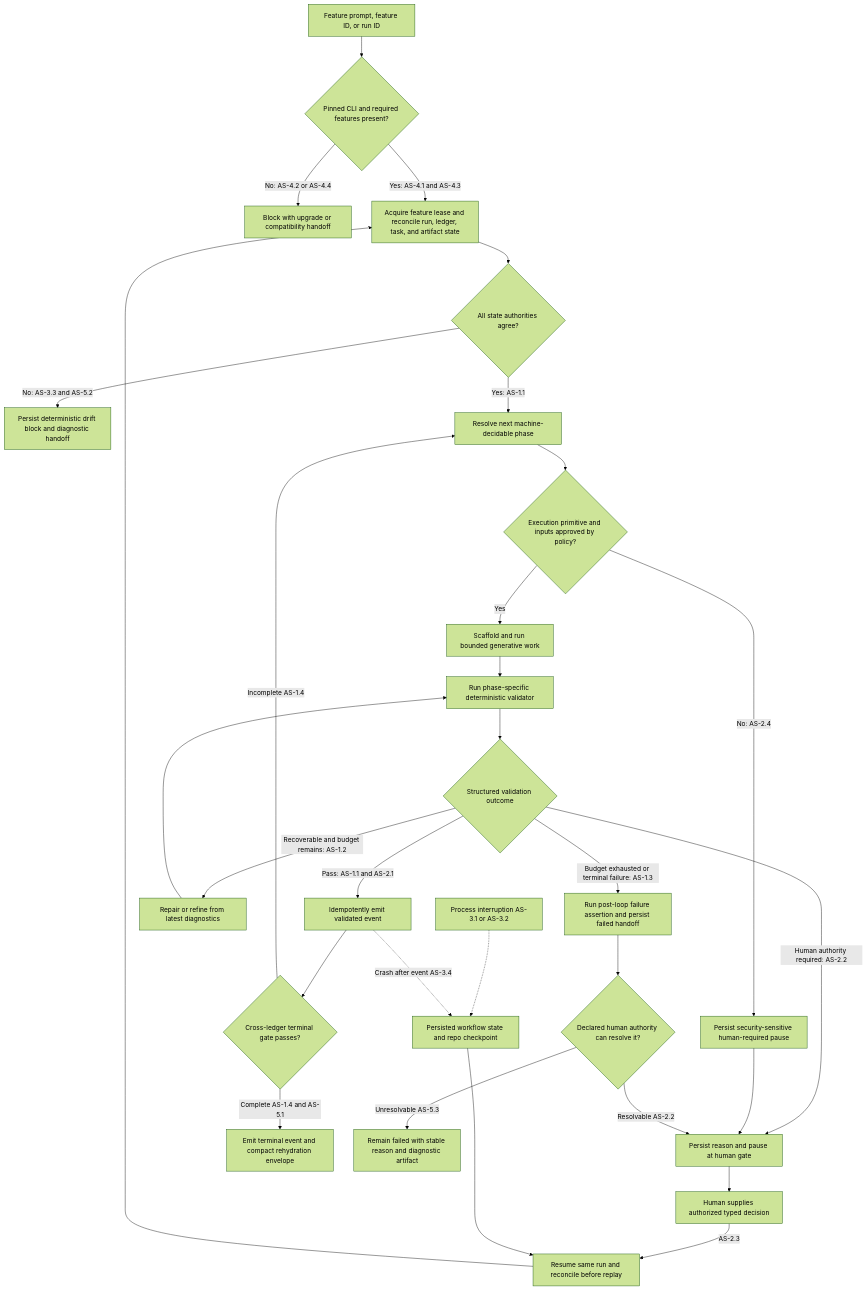
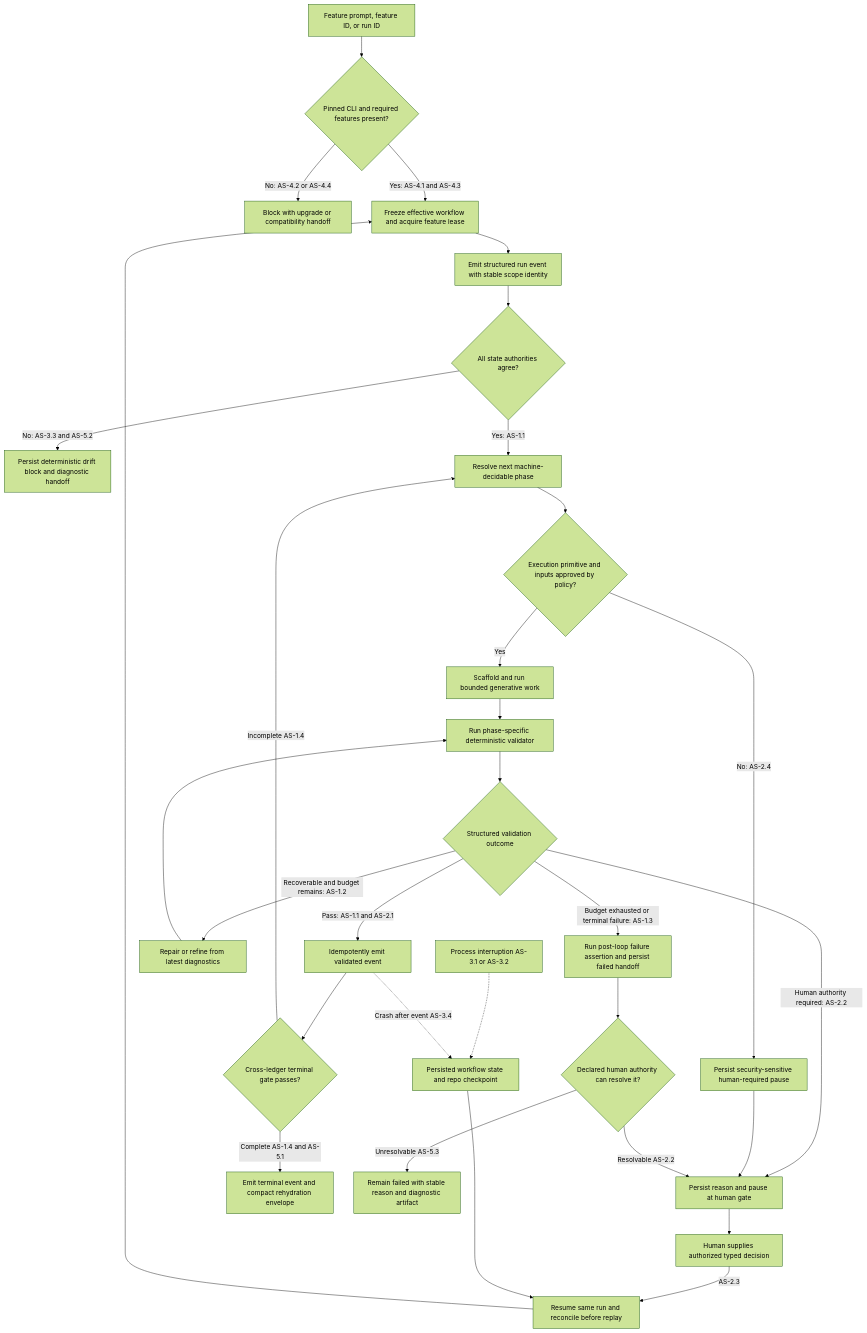
Before and after one commit to aborczuk/app-foundation: the diagram in specs/039-autonomous-spec-pipeline-upgrade/spec.md, drawn with Mermaid (forest theme). The commit also changed other lines of this file, not shown here.

````diff
--- a/specs/039-autonomous-spec-pipeline-upgrade/spec.md
+++ b/specs/039-autonomous-spec-pipeline-upgrade/spec.md
@@ -163,32 +170,33 @@
 ```mermaid
 flowchart TD
     A[Feature prompt, feature ID, or run ID] --> B{Pinned CLI and required features present?}
     B -->|No: AS-4.2 or AS-4.4| B1[Block with upgrade or compatibility handoff]
-    B -->|Yes: AS-4.1 and AS-4.3| C[Acquire feature lease and reconcile run, ledger, task, and artifact state]
-    C --> D{All state authorities agree?}
+    B -->|Yes: AS-4.1 and AS-4.3| C[Freeze effective workflow and acquire feature lease]
+    C --> C1[Emit structured run event with stable scope identity]
+    C1 --> D{All state authorities agree?}
     D -->|No: AS-3.3 and AS-5.2| D1[Persist deterministic drift block and diagnostic handoff]
     D -->|Yes: AS-1.1| E[Resolve next machine-decidable phase]
     E --> F{Execution primitive and inputs approved by policy?}
     F -->|No: AS-2.4| G[Persist security-sensitive human-required pause]
     F -->|Yes| H[Scaffold and run bounded generative work]
     H --> I[Run phase-specific deterministic validator]
     I --> J{Structured validation outcome}
     J -->|Pass: AS-1.1 and AS-2.1| K[Idempotently emit validated event]
     J -->|Recoverable and budget remains: AS-1.2| L[Repair or refine from latest diagnostics]
     L --> I
     J -->|Human authority required: AS-2.2| M[Persist reason and pause at human gate]
     J -->|Budget exhausted or terminal failure: AS-1.3| N[Run post-loop failure assertion and persist failed handoff]
     K --> O{Cross-ledger terminal gate passes?}
     O -->|Incomplete AS-1.4| E
     O -->|Complete AS-1.4 and AS-5.1| P[Emit terminal event and compact rehydration envelope]
     G --> M
     M --> Q[Human supplies authorized typed decision]
     Q -->|AS-2.3| R[Resume same run and reconcile before replay]
     R --> C
     N --> S{Declared human authority can resolve it?}
     S -->|Resolvable AS-2.2| M
     S -->|Unresolvable AS-5.3| T[Remain failed with stable reason and diagnostic artifact]
     U[Process interruption AS-3.1 or AS-3.2] -.-> V[Persisted workflow state and repo checkpoint]
     V --> R
     K -.->|Crash after event AS-3.4| V
 ```
````
